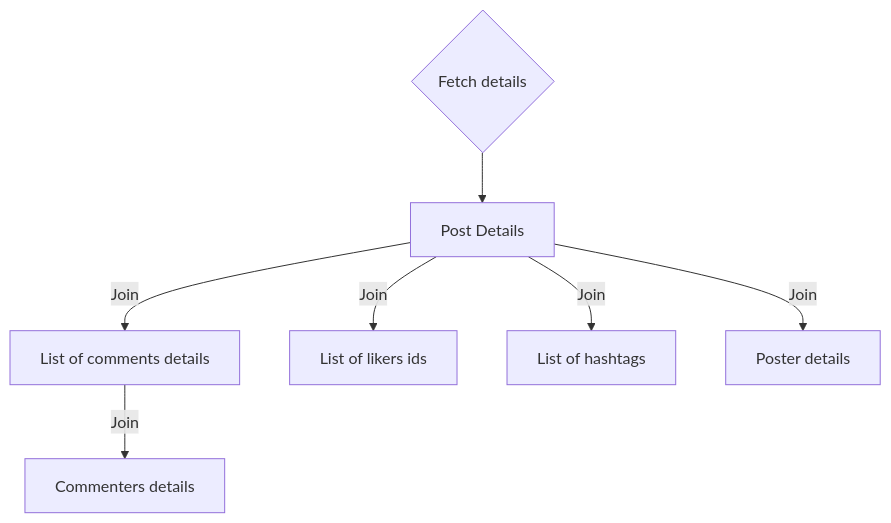
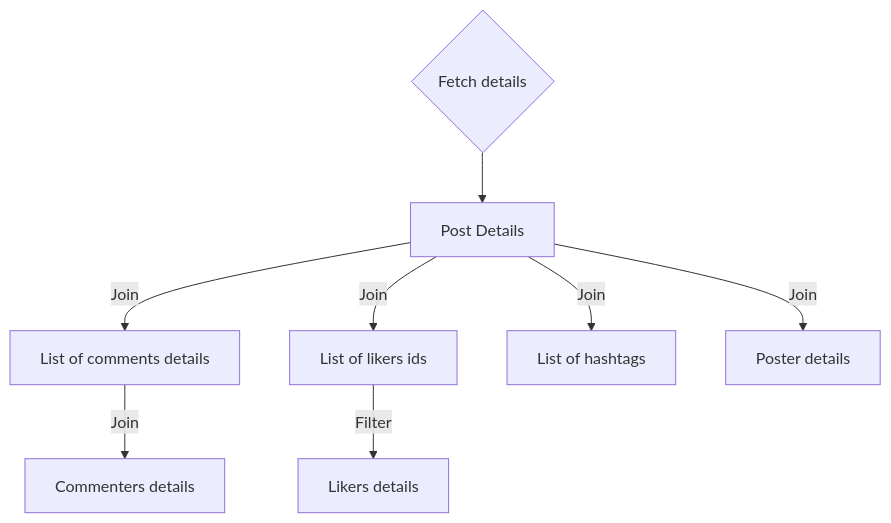
The first of 2 diagrams in README.md (rossman-x/kuroco-social-network), drawn with Mermaid before and after one commit. The commit also changed other lines of this file, not shown here.

````diff
--- a/README.md
+++ b/README.md
@@ -100,9 +100,10 @@
 ```mermaid
 graph TD;
     X{Fetch details} --> A[Post Details];
     A-->|Join|B[List of comments details];
     A-->|Join|C[List of likers ids];
     B-->|Join|D[Commenters details];
     A-->|Join|E[List of hashtags];
     A-->|Join|F[Poster details];
+    C-->|Filter|G[Likers details];
 ```
````
